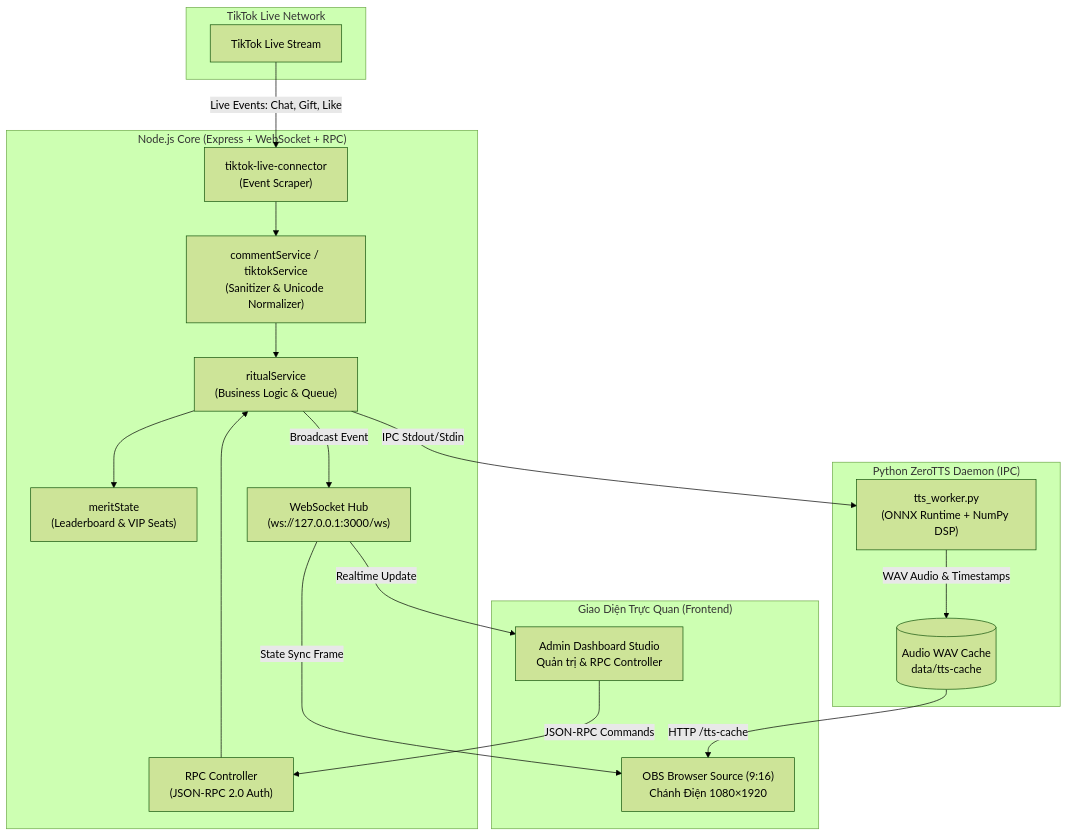
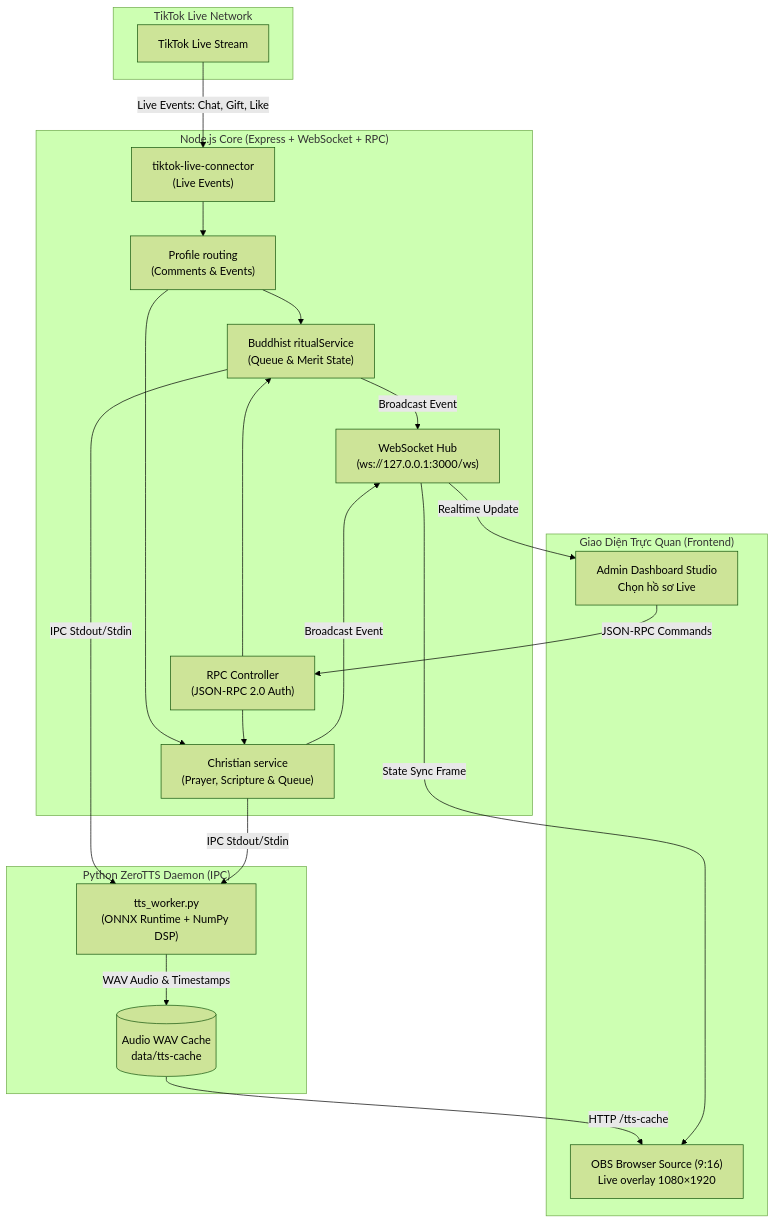
The diagram in README.md (nghich-ngom-lung-tung/tiktok-live-temple-studio), drawn with Mermaid (forest theme) before and after one commit. The commit also changed other lines of this file and 1 other file, not shown here.

Commit message:
docs: clarify setup and live operations for both profiles

````diff
--- a/README.md
+++ b/README.md
@@ -65,38 +56,41 @@
 ```mermaid
 flowchart TD
     subgraph TikTokPlatform ["TikTok Live Network"]
         TT["TikTok Live Stream"]
     end
 
     subgraph Backend ["Node.js Core (Express + WebSocket + RPC)"]
-        TTC["tiktok-live-connector<br/>(Event Scraper)"]
-        COM["commentService / tiktokService<br/>(Sanitizer & Unicode Normalizer)"]
-        RIT["ritualService<br/>(Business Logic & Queue)"]
-        MER["meritState<br/>(Leaderboard & VIP Seats)"]
+        TTC["tiktok-live-connector<br/>(Live Events)"]
+        COM["Profile routing<br/>(Comments & Events)"]
+        RIT["Buddhist ritualService<br/>(Queue & Merit State)"]
+        CHR["Christian service<br/>(Prayer, Scripture & Queue)"]
         RPC["RPC Controller<br/>(JSON-RPC 2.0 Auth)"]
         WSS["WebSocket Hub<br/>(ws://127.0.0.1:3000/ws)"]
     end
 
     subgraph AIPipeline ["Python ZeroTTS Daemon (IPC)"]
         WORKER["tts_worker.py<br/>(ONNX Runtime + NumPy DSP)"]
         CACHE[("Audio WAV Cache<br/>data/tts-cache")]
     end
 
     subgraph Clients ["Giao Diện Trực Quan (Frontend)"]
-        OBS["OBS Browser Source (9:16)<br/>Chánh Điện 1080×1920"]
-        ADMIN["Admin Dashboard Studio<br/>Quản trị & RPC Controller"]
+        OBS["OBS Browser Source (9:16)<br/>Live overlay 1080×1920"]
+        ADMIN["Admin Dashboard Studio<br/>Chọn hồ sơ Live"]
     end
 
     TT -->|Live Events: Chat, Gift, Like| TTC
     TTC --> COM
     COM --> RIT
-    RIT --> MER
+    COM --> CHR
     RIT -->|IPC Stdout/Stdin| WORKER
+    CHR -->|IPC Stdout/Stdin| WORKER
     WORKER -->|WAV Audio & Timestamps| CACHE
     CACHE -->|HTTP /tts-cache| OBS
     RIT -->|Broadcast Event| WSS
+    CHR -->|Broadcast Event| WSS
     WSS -->|State Sync Frame| OBS
     WSS -->|Realtime Update| ADMIN
     ADMIN -->|JSON-RPC Commands| RPC
     RPC --> RIT
+    RPC --> CHR
 ```
````
